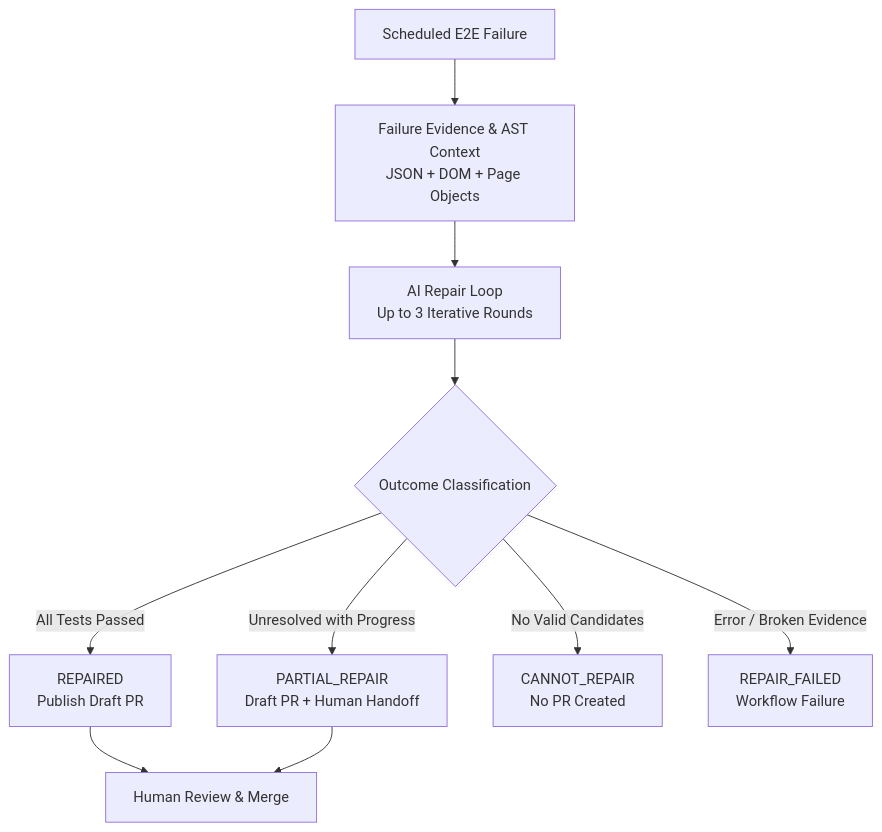
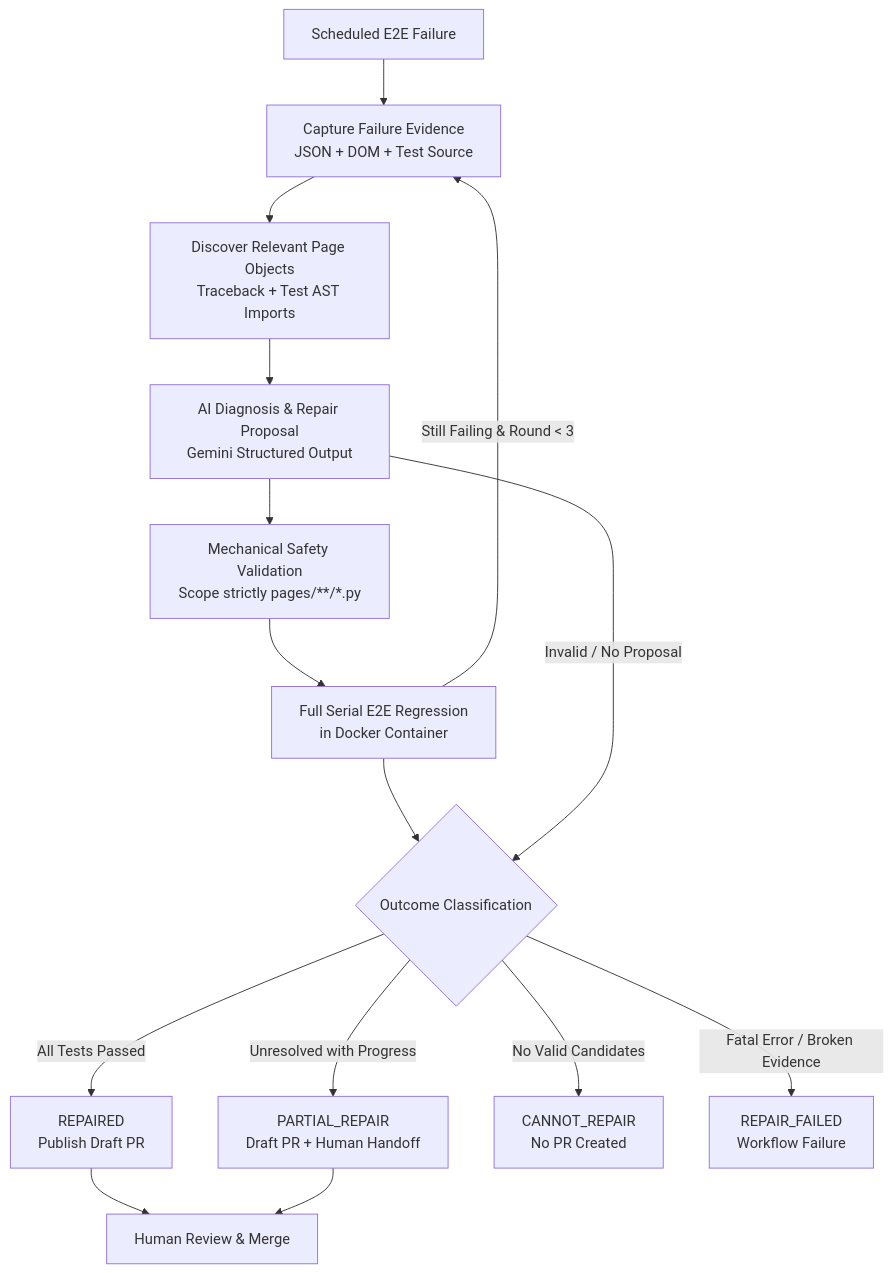
One commit to Andy-CH-BO-AN/playwright-self-healing-tests changed the diagram in README.md. Above: the diagram before and after it, drawn with Mermaid. The commit also changed other lines of this file and 1 other file, not shown here.

Commit message:
DOCS: include safety validation and full regression in architecture diagram

````diff
--- a/README.md
+++ b/README.md
@@ -27,12 +27,17 @@
 ```mermaid
 flowchart TD
-    A[Scheduled E2E Failure] --> B[Failure Evidence & AST Context\nJSON + DOM + Page Objects]
-    B --> C[AI Repair Loop\nUp to 3 Iterative Rounds]
-    C --> D{Outcome Classification}
-    D -->|All Tests Passed| E[REPAIRED\nPublish Draft PR]
-    D -->|Unresolved with Progress| F[PARTIAL_REPAIR\nDraft PR + Human Handoff]
-    D -->|No Valid Candidates| G[CANNOT_REPAIR\nNo PR Created]
-    D -->|Error / Broken Evidence| H[REPAIR_FAILED\nWorkflow Failure]
-    E --> I[Human Review & Merge]
-    F --> I
+    A[Scheduled E2E Failure] --> B[Capture Failure Evidence\nJSON + DOM + Test Source]
+    B --> C[Discover Relevant Page Objects\nTraceback + Test AST Imports]
+    C --> D[AI Diagnosis & Repair Proposal\nGemini Structured Output]
+    D --> E[Mechanical Safety Validation\nScope strictly pages/**/*.py]
+    E --> F[Full Serial E2E Regression\nin Docker Container]
+    F -->|Still Failing & Round < 3| B
+    F --> G{Outcome Classification}
+    D -->|Invalid / No Proposal| G
+    G -->|All Tests Passed| H[REPAIRED\nPublish Draft PR]
+    G -->|Unresolved with Progress| I[PARTIAL_REPAIR\nDraft PR + Human Handoff]
+    G -->|No Valid Candidates| J[CANNOT_REPAIR\nNo PR Created]
+    G -->|Fatal Error / Broken Evidence| K[REPAIR_FAILED\nWorkflow Failure]
+    H --> L[Human Review & Merge]
+    I --> L
 ```
````
